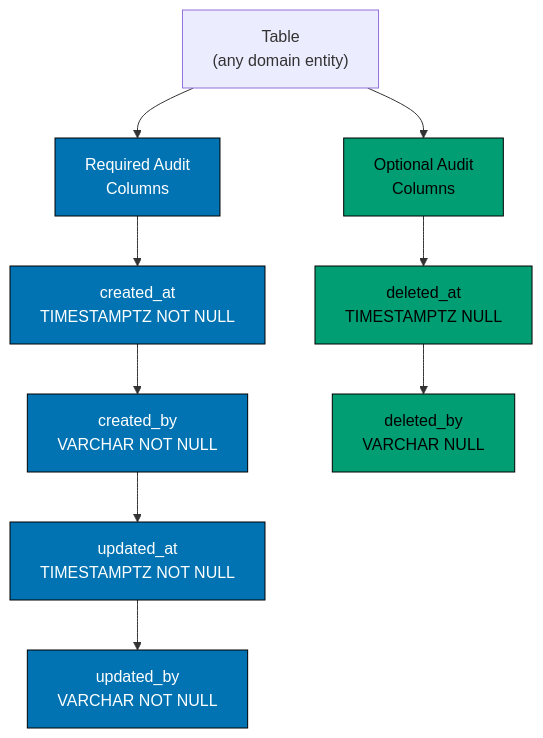
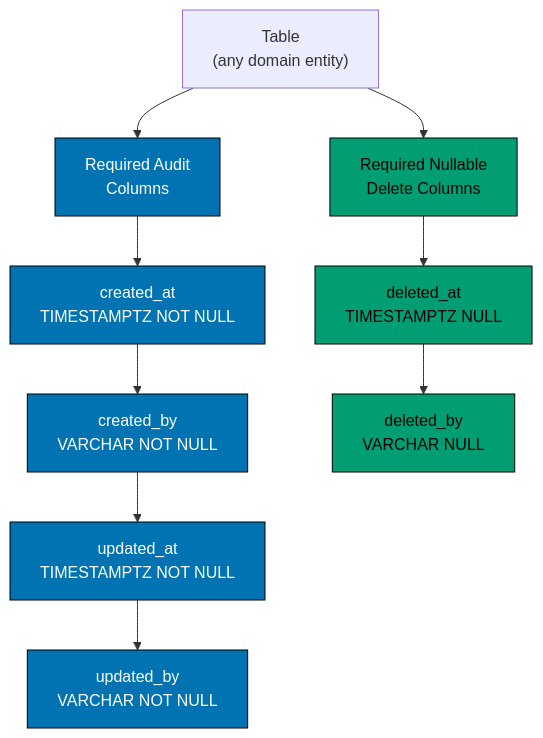
The diagram in repo-governance/development/pattern/database-audit-trail/required-audit-columns.md (wahidyankf/ose-public), drawn with Mermaid before and after one commit. The commit also changed other lines of this file and 85 other files, not shown here.

````diff
--- a/repo-governance/development/pattern/database-audit-trail/required-audit-columns.md
+++ b/repo-governance/development/pattern/database-audit-trail/required-audit-columns.md
@@ -10,21 +10,21 @@
 ```mermaid
 graph TD
     accTitle: Required Audit Columns
-    accDescr: Table any domain entity leads to Required Audit Columns; Table any domain entity leads to Optional Audit Columns; Required Audit Columns leads to created_at TIMESTAMPTZ NOT NULL; and 5 more links.
+    accDescr: Every table has four required non-null audit columns and two required nullable deletion audit columns.
     T["Table<br/>(any domain entity)"] --> R[Required Audit<br/>Columns]
-    T --> O[Optional Audit<br/>Columns]
+    T --> O[Required Nullable<br/>Delete Columns]
 
     R --> C1["created_at<br/>TIMESTAMPTZ NOT NULL"]
     C1 --> C2["created_by<br/>VARCHAR NOT NULL"]
     C2 --> C3["updated_at<br/>TIMESTAMPTZ NOT NULL"]
     C3 --> C4["updated_by<br/>VARCHAR NOT NULL"]
 
     O --> C5["deleted_at<br/>TIMESTAMPTZ NULL"]
     C5 --> C6["deleted_by<br/>VARCHAR NULL"]
 
     classDef required fill:#0173B2,stroke:#000000,color:#FFFFFF
-    classDef optional fill:#029E73,stroke:#000000,color:#000000
+    classDef nullable fill:#029E73,stroke:#000000,color:#000000
 
     class R,C1,C2,C3,C4 required
-    class O,C5,C6 optional
+    class O,C5,C6 nullable
 ```
````
